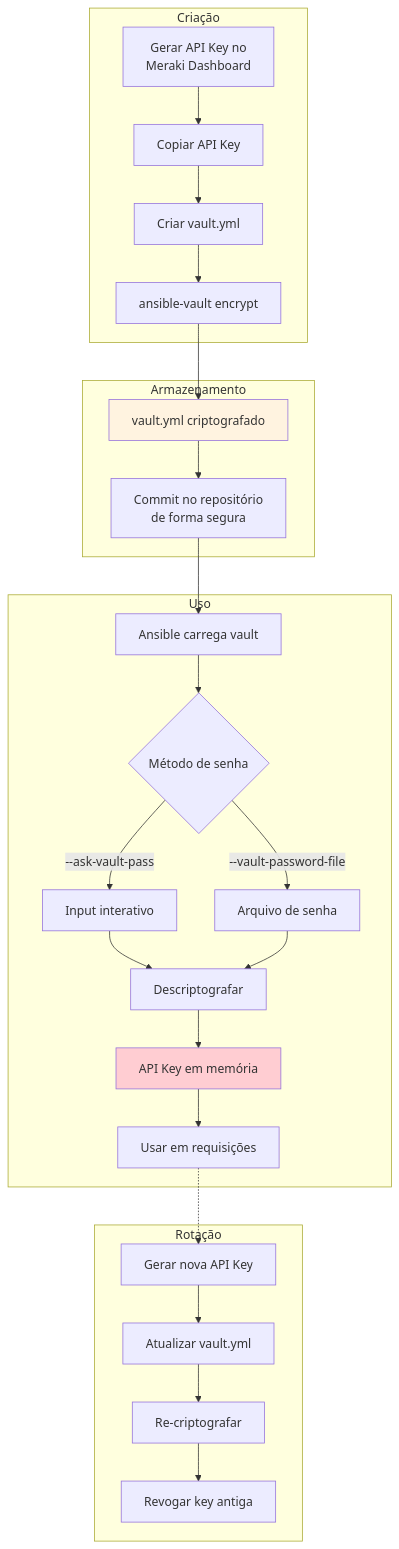
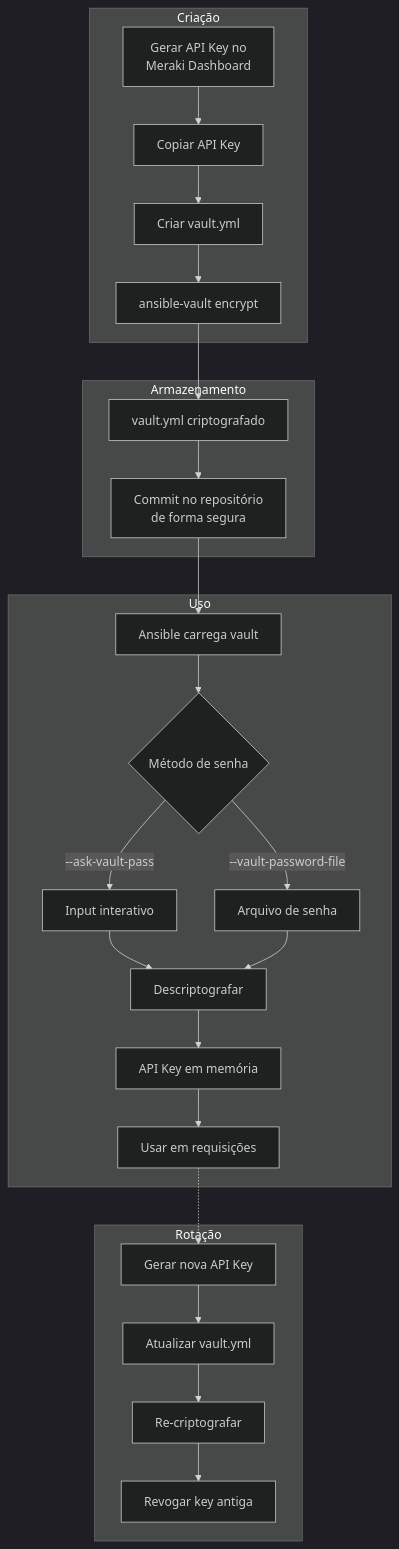
One commit to rodrigo-freitas-com/meraki-ansible changed the tenth of 13 diagrams in docs/system-modeling.md. Above: the diagram before and after it, drawn with Mermaid. The commit also changed other lines of this file and 2 other files, not shown here.

````diff
--- a/docs/system-modeling.md
+++ b/docs/system-modeling.md
@@ -385,35 +383,33 @@
 ```mermaid
+%%{init: {'theme': 'dark'}}%%
 flowchart TD
     subgraph "Criação"
         A[Gerar API Key no<br/>Meraki Dashboard] --> B[Copiar API Key]
         B --> C[Criar vault.yml]
         C --> D[ansible-vault encrypt]
     end
 
     subgraph "Armazenamento"
         D --> E[vault.yml criptografado]
         E --> F[Commit no repositório<br/>de forma segura]
     end
 
     subgraph "Uso"
         F --> G[Ansible carrega vault]
         G --> H{Método de senha}
         H -->|--ask-vault-pass| I[Input interativo]
         H -->|--vault-password-file| J[Arquivo de senha]
         I --> K[Descriptografar]
         J --> K
         K --> L[API Key em memória]
         L --> M[Usar em requisições]
     end
 
     subgraph "Rotação"
         N[Gerar nova API Key] --> O[Atualizar vault.yml]
         O --> P[Re-criptografar]
         P --> Q[Revogar key antiga]
     end
 
     M -.-> N
-
-    style E fill:#fff3e0
-    style L fill:#ffcdd2
 ```
````
